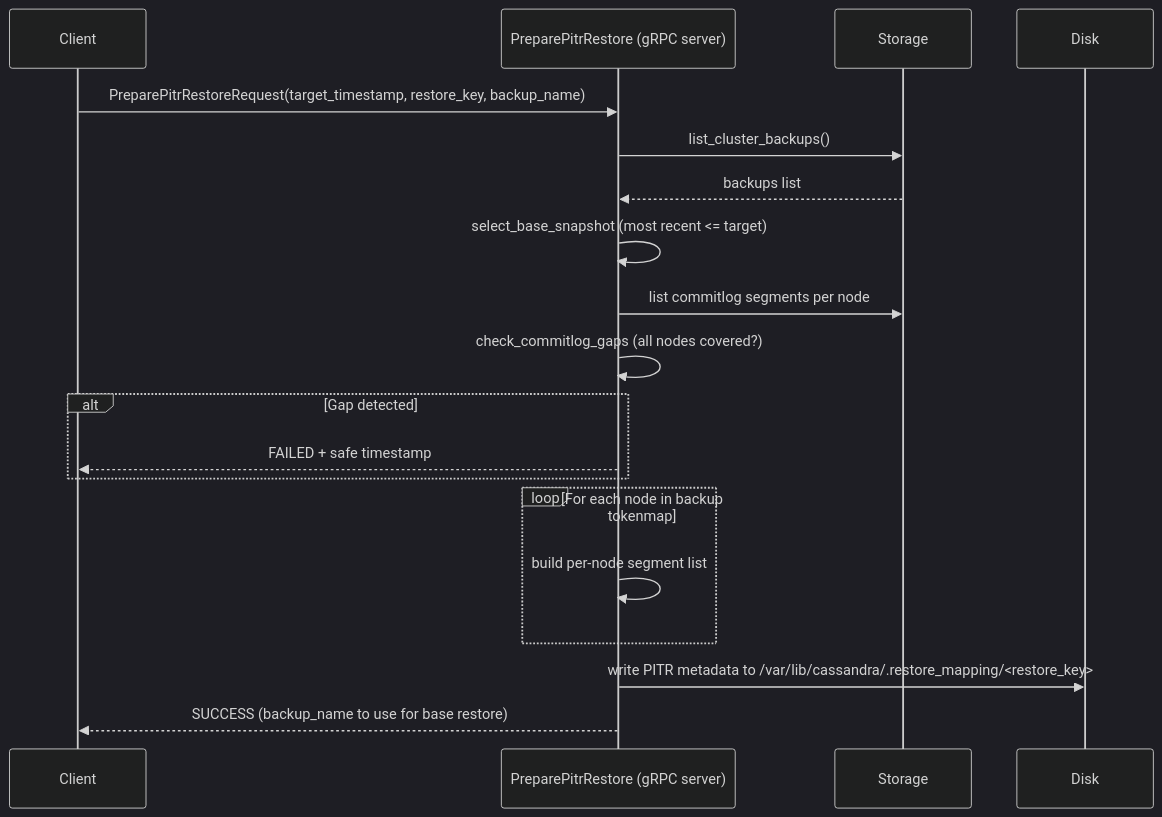
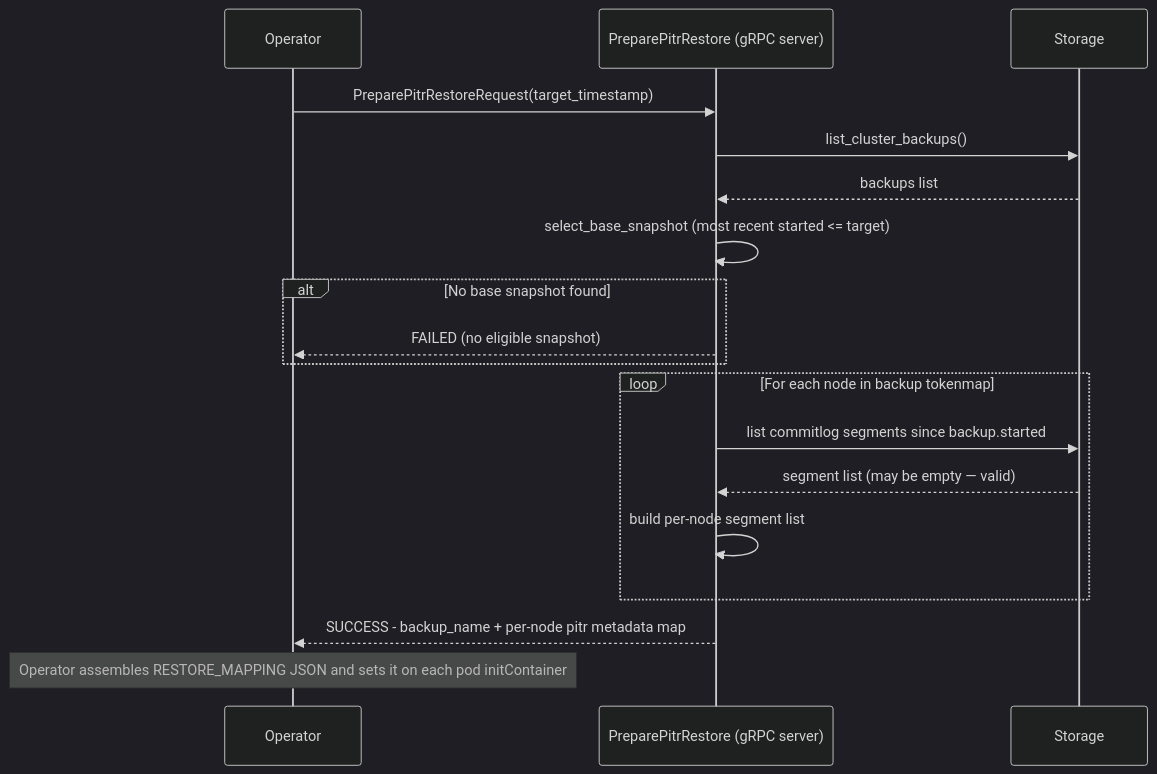
The second of 2 diagrams in docs/superpowers/specs/pitr-design-doc.md (thelastpickle/cassandra-medusa), drawn with Mermaid (dark theme) before and after one commit. The commit also changed other lines of this file, not shown here.

Commit message:
Address review comments along with gaps and inconsistencies

````diff
--- a/docs/superpowers/specs/pitr-design-doc.md
+++ b/docs/superpowers/specs/pitr-design-doc.md
@@ -209,21 +252,21 @@
 ```mermaid
 sequenceDiagram
-    participant Client
+    participant Operator
     participant RPC as PreparePitrRestore (gRPC server)
     participant Storage
 
-    Client->>RPC: PreparePitrRestoreRequest(target_timestamp, restore_key, backup_name)
+    Operator->>RPC: PreparePitrRestoreRequest(target_timestamp)
     RPC->>Storage: list_cluster_backups()
     Storage-->>RPC: backups list
-    RPC->>RPC: select_base_snapshot (most recent <= target)
-    RPC->>Storage: list commitlog segments per node
-    RPC->>RPC: check_commitlog_gaps (all nodes covered?)
-    alt Gap detected
-        RPC-->>Client: FAILED + safe timestamp
+    RPC->>RPC: select_base_snapshot (most recent started <= target)
+    alt No base snapshot found
+        RPC-->>Operator: FAILED (no eligible snapshot)
     end
     loop For each node in backup tokenmap
+        RPC->>Storage: list commitlog segments since backup.started
+        Storage-->>RPC: segment list (may be empty — valid)
         RPC->>RPC: build per-node segment list
     end
-    RPC->>Disk: write PITR metadata to /var/lib/cassandra/.restore_mapping/<restore_key>
-    RPC-->>Client: SUCCESS (backup_name to use for base restore)
+    RPC-->>Operator: SUCCESS - backup_name + per-node pitr metadata map
+    Note over Operator: Operator assembles RESTORE_MAPPING JSON and sets it on each pod initContainer
 ```
````
